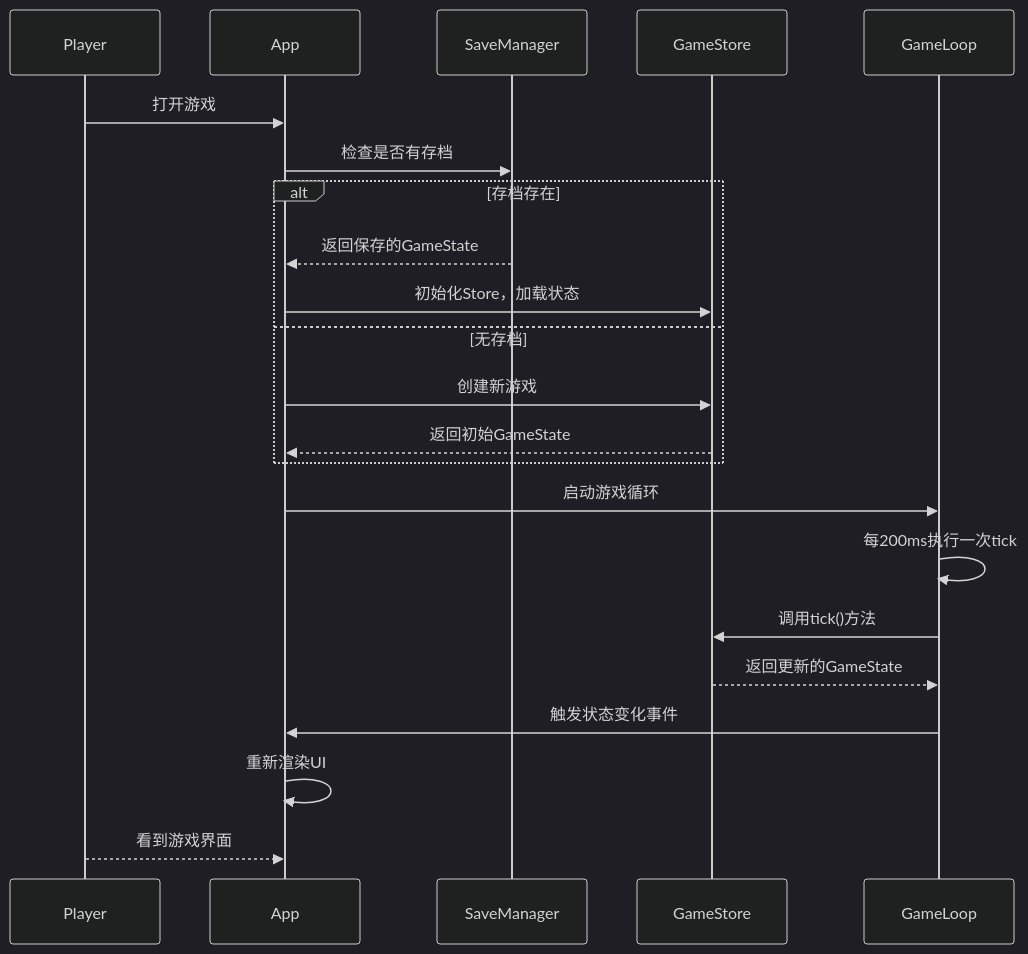
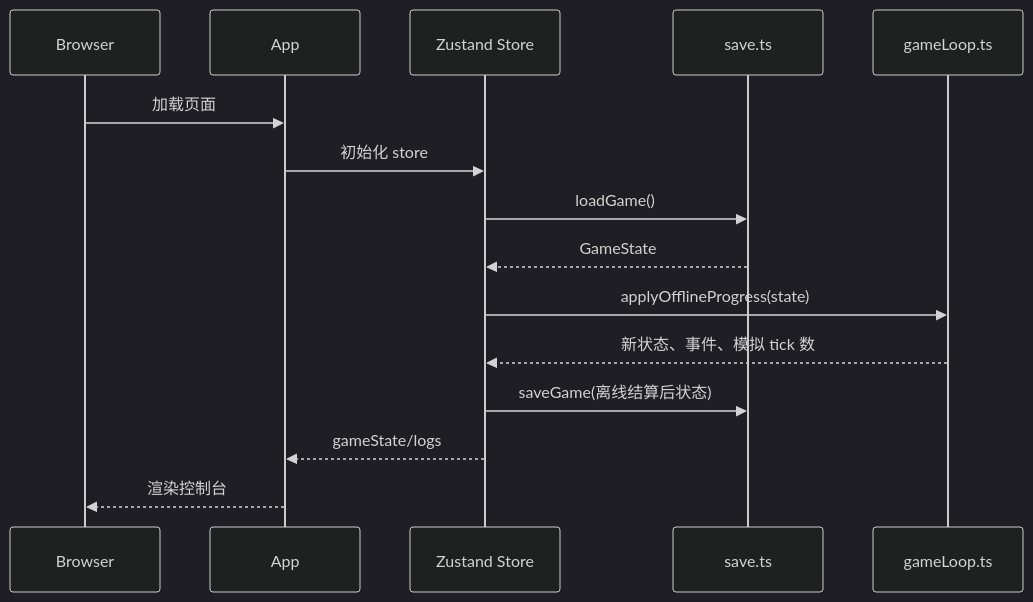
Before and after one commit to kaito387/puppies-game: the fourth of 13 diagrams in docs/02_系统建模报告.md, drawn with Mermaid (dark theme). The commit also changed other lines of this file and 7 other files, not shown here.

````diff
--- a/docs/02_系统建模报告.md
+++ b/docs/02_系统建模报告.md
@@ -198,26 +196,18 @@
 ```mermaid
 sequenceDiagram
-    participant Player
-    participant App
-    participant SaveManager
-    participant GameStore
-    participant GameLoop
+  participant Browser
+  participant App
+  participant Store as Zustand Store
+  participant Save as save.ts
+  participant GameLoopEngine as gameLoop.ts
 
-    Player->>App: 打开游戏
-    App->>SaveManager: 检查是否有存档
-    alt 存档存在
-        SaveManager-->>App: 返回保存的GameState
-        App->>GameStore: 初始化Store，加载状态
-    else 无存档
-        App->>GameStore: 创建新游戏
-        GameStore-->>App: 返回初始GameState
-    end
-
-    App->>GameLoop: 启动游戏循环
-    GameLoop->>GameLoop: 每200ms执行一次tick
-    GameLoop->>GameStore: 调用tick()方法
-    GameStore-->>GameLoop: 返回更新的GameState
-    GameLoop->>App: 触发状态变化事件
-    App->>App: 重新渲染UI
-    Player-->>App: 看到游戏界面
+  Browser->>App: 加载页面
+  App->>Store: 初始化 store
+  Store->>Save: loadGame()
+  Save-->>Store: GameState
+  Store->>GameLoopEngine: applyOfflineProgress(state)
+  GameLoopEngine-->>Store: 新状态、事件、模拟 tick 数
+  Store->>Save: saveGame(离线结算后状态)
+  Store-->>App: gameState/logs
+  App-->>Browser: 渲染控制台
 ```
````
